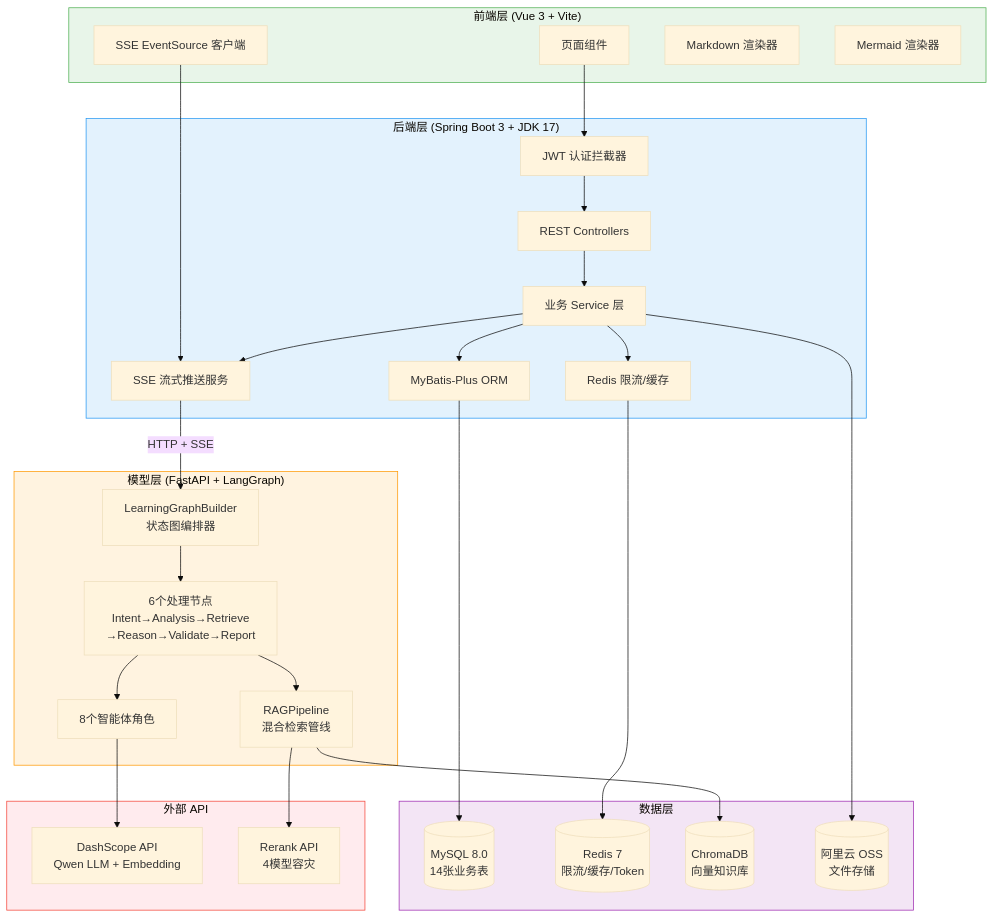
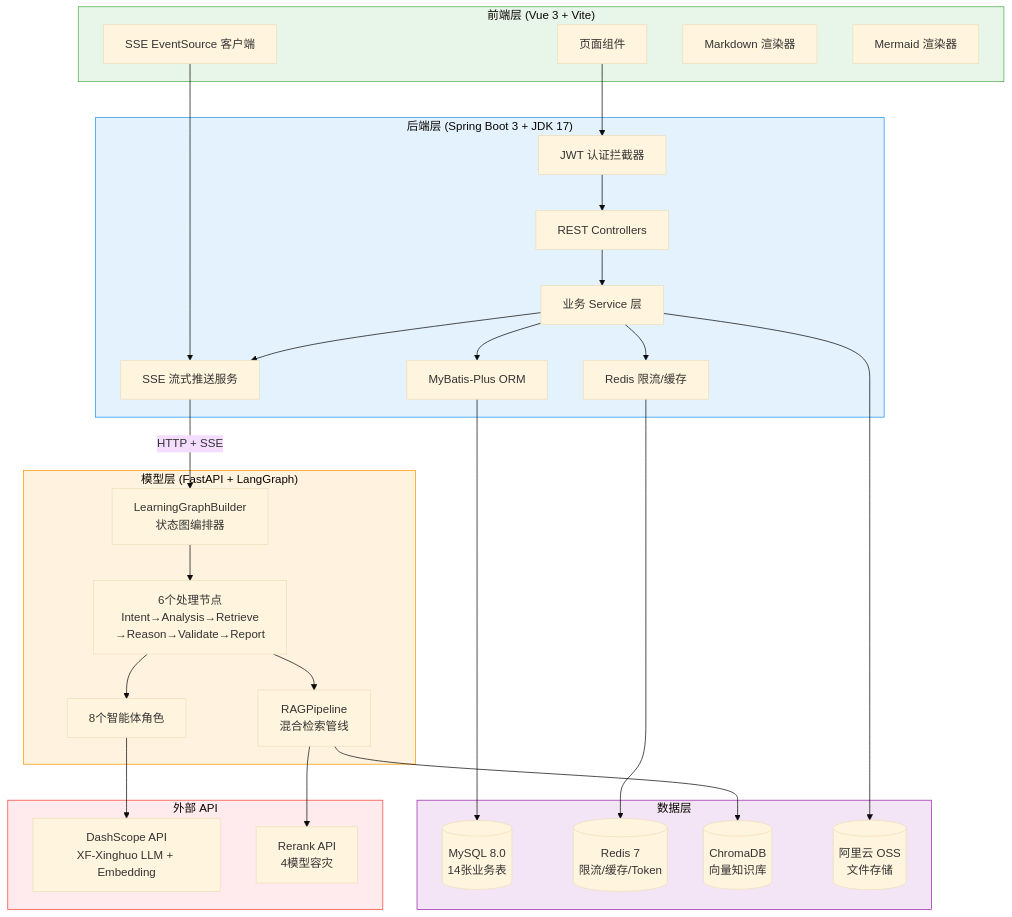
The seventh of 12 diagrams in docs/architecture/需求规格说明书.md (AttentionCoo/learning-characterizing-mas), drawn with Mermaid (base theme) before and after one commit. The commit also changed other lines of this file and 12 other files, not shown here.

First line of the commit message:
docs: 文档和注释中 Qwen -> XF-Xinghuo (讯飞星火)

````diff
--- a/docs/architecture/需求规格说明书.md
+++ b/docs/architecture/需求规格说明书.md
@@ -1169,61 +1169,61 @@
 ```mermaid
 graph TB
     subgraph 前端["前端层 (Vue 3 + Vite)"]
         UI[页面组件]
         SSE_Client[SSE EventSource 客户端]
         Markdown_MD[Markdown 渲染器]
         Mermaid_R[Mermaid 渲染器]
     end
 
     subgraph 后端["后端层 (Spring Boot 3 + JDK 17)"]
         Gateway[JWT 认证拦截器]
         Controllers[REST Controllers]
         SSE_Server[SSE 流式推送服务]
         Services[业务 Service 层]
         Redis_Client[Redis 限流/缓存]
         MySQL_Client[MyBatis-Plus ORM]
     end
 
     subgraph 模型层["模型层 (FastAPI + LangGraph)"]
         Graph[LearningGraphBuilder<br/>状态图编排器]
         Nodes[6个处理节点<br/>Intent→Analysis→Retrieve<br/>→Reason→Validate→Report]
         RAG[RAGPipeline<br/>混合检索管线]
         Agents[8个智能体角色]
     end
 
     subgraph 数据层["数据层"]
         MySQL[(MySQL 8.0<br/>14张业务表)]
         Redis[(Redis 7<br/>限流/缓存/Token)]
         ChromaDB[(ChromaDB<br/>向量知识库)]
         OSS[(阿里云 OSS<br/>文件存储)]
     end
 
     subgraph 外部API["外部 API"]
-        DashScope[DashScope API<br/>Qwen LLM + Embedding]
+        DashScope[DashScope API<br/>XF-Xinghuo LLM + Embedding]
         Rerank[Rerank API<br/>4模型容灾]
     end
 
     UI --> Gateway
     SSE_Client --> SSE_Server
     Gateway --> Controllers
     Controllers --> Services
     Services --> SSE_Server
     Services --> Redis_Client
     Services --> MySQL_Client
     SSE_Server -->|HTTP + SSE| Graph
     Graph --> Nodes
     Nodes --> RAG
     Nodes --> Agents
     RAG --> ChromaDB
     RAG --> Rerank
     Agents --> DashScope
     Redis_Client --> Redis
     MySQL_Client --> MySQL
     Services --> OSS
 
     style 前端 fill:#E8F5E9,stroke:#4CAF50
     style 后端 fill:#E3F2FD,stroke:#2196F3
     style 模型层 fill:#FFF3E0,stroke:#FF9800
     style 数据层 fill:#F3E5F5,stroke:#9C27B0
     style 外部API fill:#FFEBEE,stroke:#F44336
 ```
````
